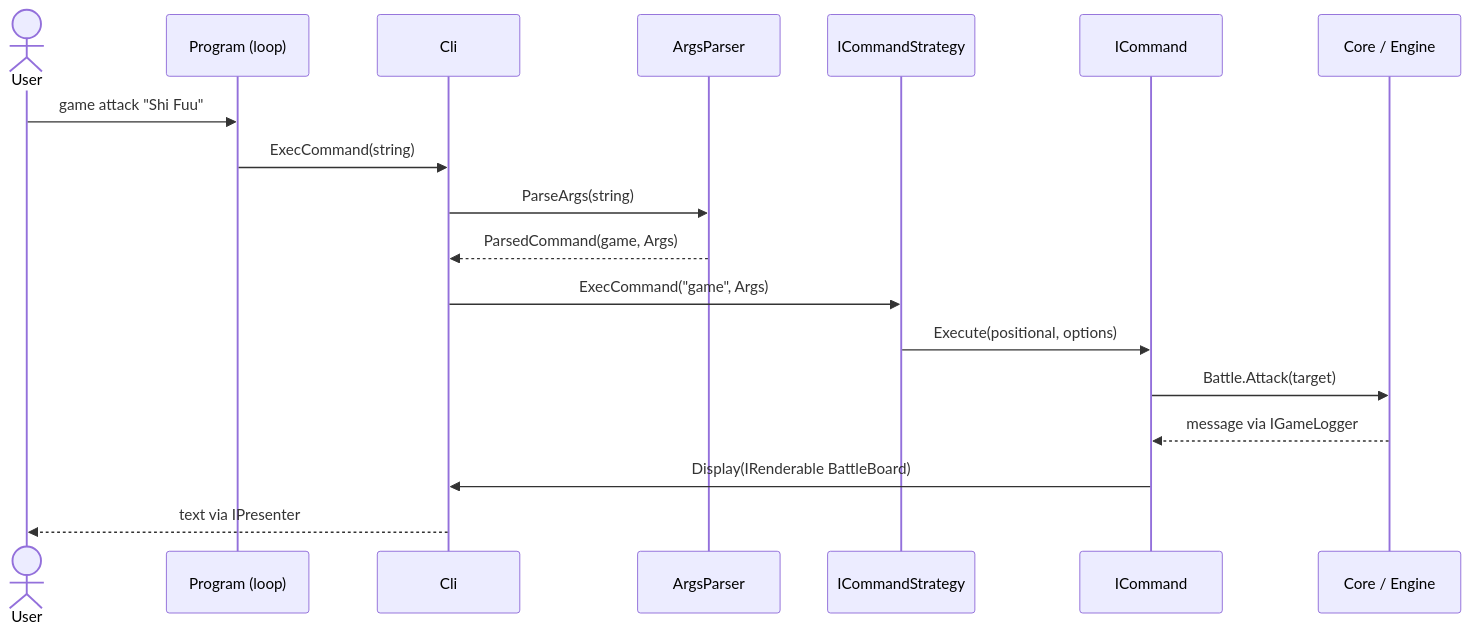
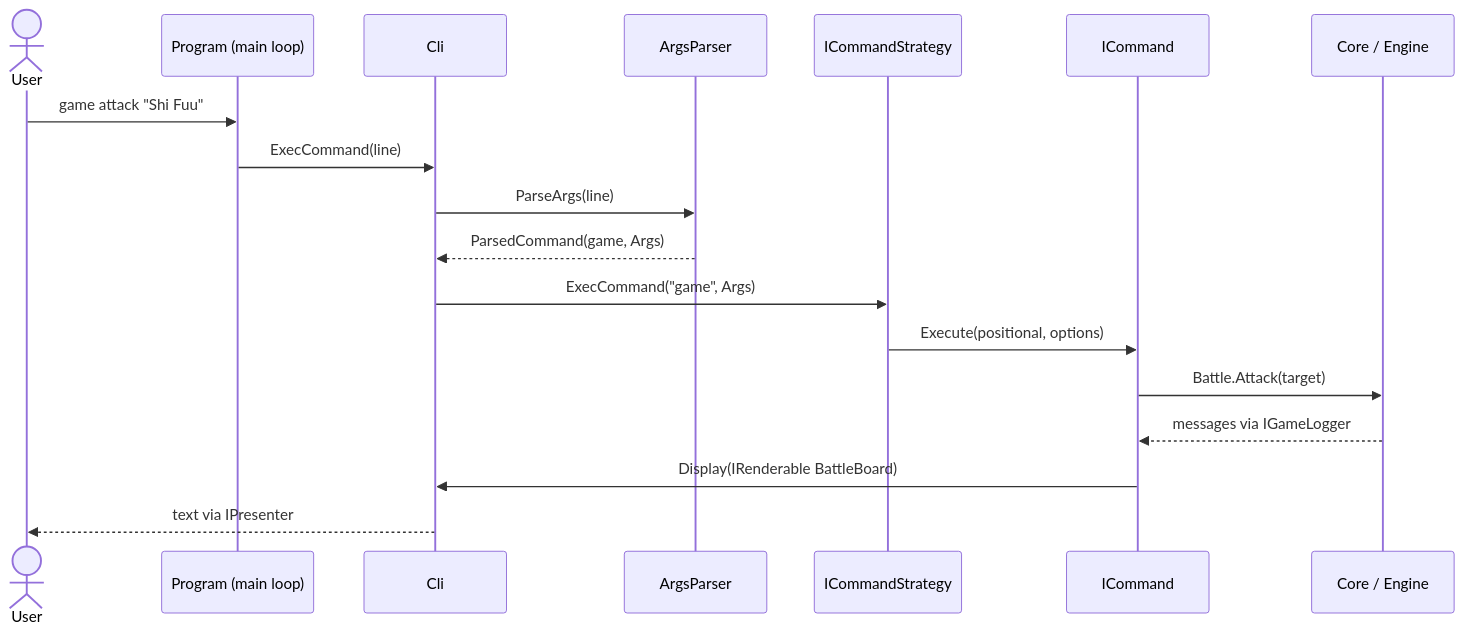
One commit to EugeneGerzhan/OOPproject changed the fourth of 5 diagrams in DesignDocument.md. Above: the diagram before and after it, drawn with Mermaid. The commit also changed other lines of this file and 1 other file, not shown here.

````diff
--- a/DesignDocument.md
+++ b/DesignDocument.md
@@ -180,20 +340,20 @@
 ```mermaid
 sequenceDiagram
-actor User as User
-participant Main as Program (loop)
-participant Cli
-participant Parser as ArgsParser
-participant S as ICommandStrategy
-participant Cmd as ICommand
-participant Core as Core / Engine
-User->>Main: game attack "Shi Fuu"
-Main->>Cli: ExecCommand(string)
-Cli->>Parser: ParseArgs(string)
-Parser-->>Cli: ParsedCommand(game, Args)
-Cli->>S: ExecCommand("game", Args)
-S->>Cmd: Execute(positional, options)
-Cmd->>Core: Battle.Attack(target)
-Core-->>Cmd: message via IGameLogger
-Cmd->>Cli: Display(IRenderable BattleBoard)
-Cli-->>User: text via IPresenter
+    actor User
+    participant Main as Program (main loop)
+    participant Cli
+    participant Parser as ArgsParser
+    participant S as ICommandStrategy
+    participant Cmd as ICommand
+    participant Core as Core / Engine
+    User->>Main: game attack "Shi Fuu"
+    Main->>Cli: ExecCommand(line)
+    Cli->>Parser: ParseArgs(line)
+    Parser-->>Cli: ParsedCommand(game, Args)
+    Cli->>S: ExecCommand("game", Args)
+    S->>Cmd: Execute(positional, options)
+    Cmd->>Core: Battle.Attack(target)
+    Core-->>Cmd: messages via IGameLogger
+    Cmd->>Cli: Display(IRenderable BattleBoard)
+    Cli-->>User: text via IPresenter
 ```
````
